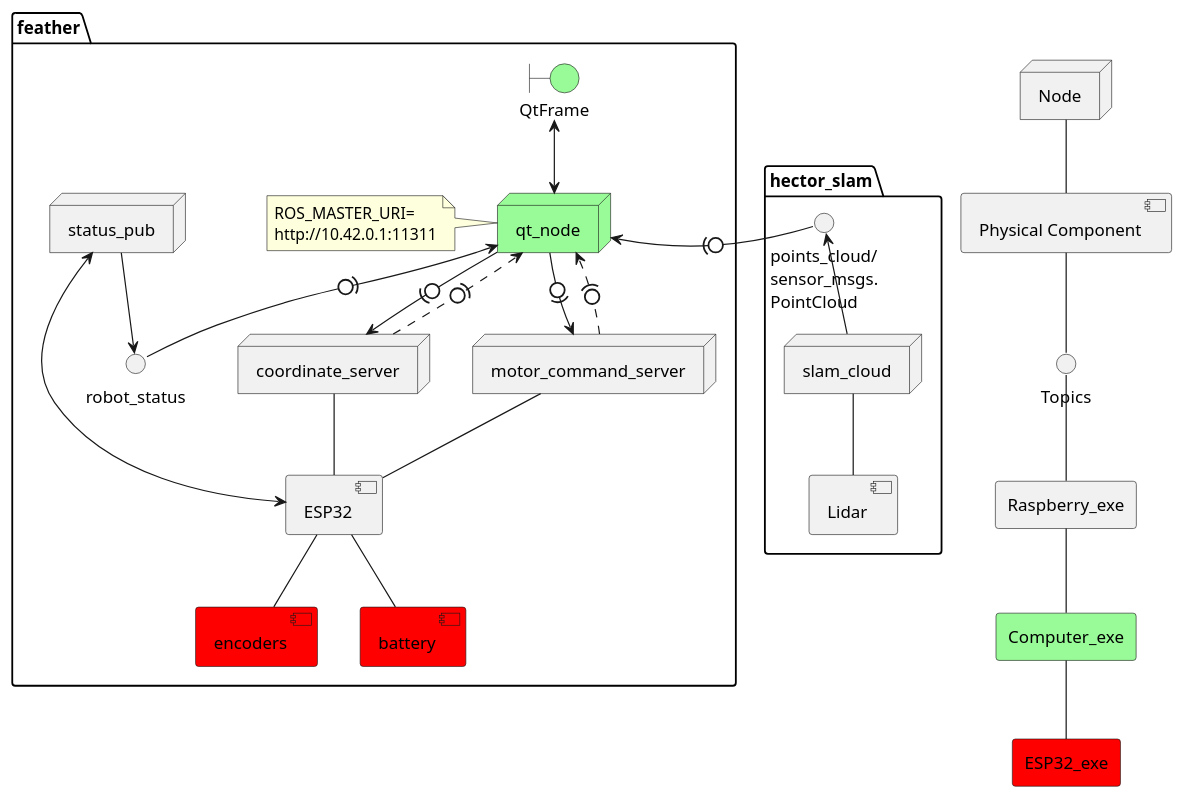
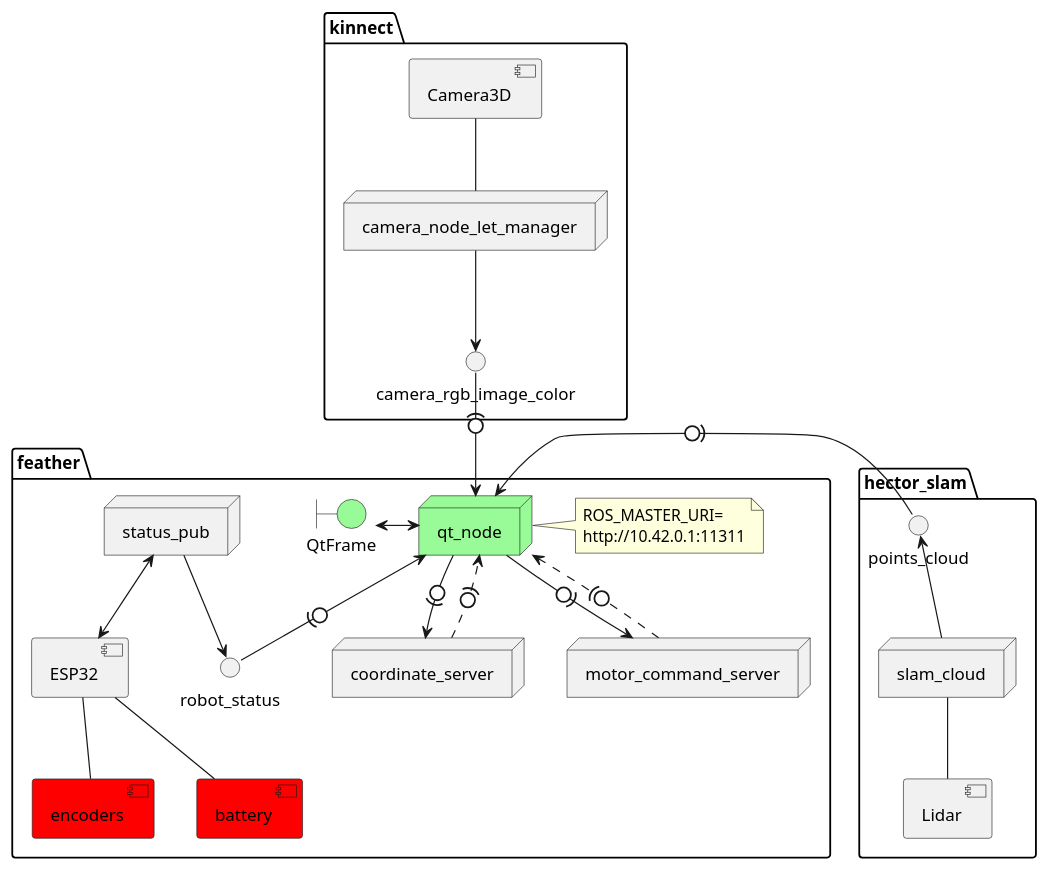
Before and after one commit to PGE-SME-2021/PGE_Robot: the diagram in docs/ros_architecture.iuml, drawn with PlantUML. The commit also changed 1 other file, not shown here.

Commit message:
[UPDATE] ROS architecture

```diff
--- a/docs/ros_architecture.iuml
+++ b/docs/ros_architecture.iuml
@@ -1,63 +1,51 @@
 @startuml
-node Node
-component [Physical Component] as compo
-interface Topics
-rectangle Raspberry_exe as raspi
-rectangle Computer_exe as pc #palegreen
-rectangle ESP32_exe #red
-
-
 package feather{
 boundary QtFrame #palegreen
 node qt_node #palegreen
-note left
+note right 
 ROS_MASTER_URI=
 http://10.42.0.1:11311
 end note
 node coordinate_server 
 node motor_command_server
 node status_pub
 component encoders #red
 component battery #red
 component ESP32
 interface robot_status
 }
 
 package hector_slam{
 node slam_cloud
-interface points_cloud [
-points_cloud/
-sensor_msgs.
-PointCloud
-]
-component Lidar 
+interface "points_cloud" as points_cloud
+component "Lidar" as lidar
 
-slam_cloud -- Lidar
+slam_cloud -- lidar
 }
 
-Node -down- compo
-compo -down- Topics
-Topics -down- raspi
-raspi -down- pc
-pc -down- ESP32_exe
+package kinnect{
+node camera_node_let_manager as camera_node
+interface camera_rgb_image_color as image
+component "Camera3D" as camera
+}
+camera -- camera_node
+camera_node --> image
+image -(0-> qt_node
+
+status_pub -down-> robot_status
+robot_status -up(0-> qt_node
 
 status_pub <--> ESP32
 ESP32 -- encoders
 ESP32 -- battery
 
-coordinate_server -- ESP32
-motor_command_server -- ESP32
-
-status_pub -down-> robot_status
-robot_status -up0)-> qt_node
-
 slam_cloud -up-> points_cloud
-qt_node <-up-> QtFrame 
-points_cloud -left0)-> qt_node
+qt_node <-left-> QtFrame 
+points_cloud -left(0-> qt_node
 
 qt_node -0)-> motor_command_server
 motor_command_server .0).> qt_node 
 
 qt_node -0)-> coordinate_server
 coordinate_server .0).> qt_node
 @enduml
```
